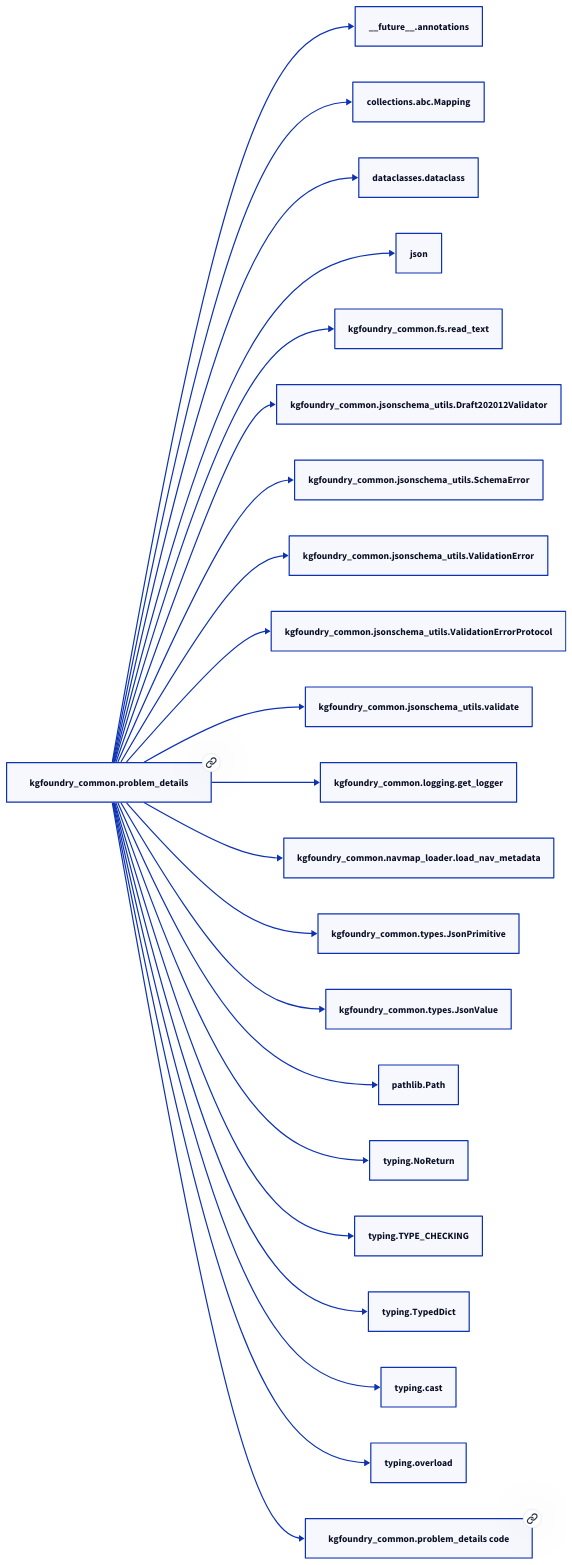
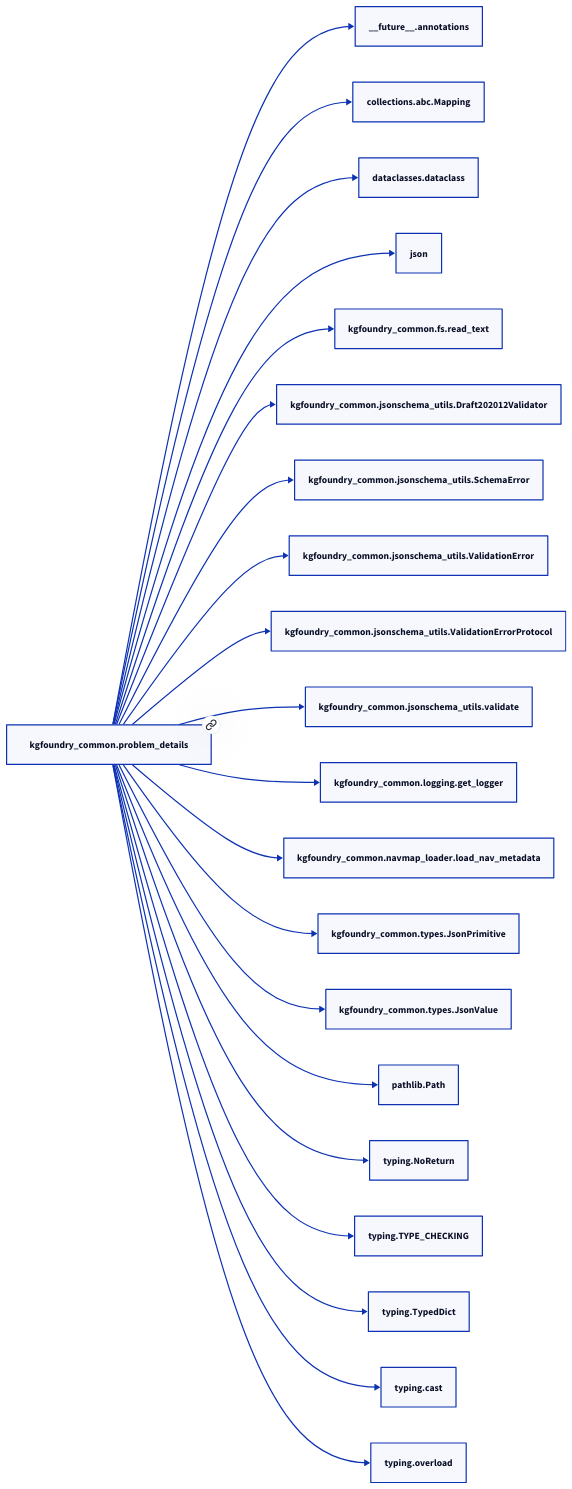
The second of 2 diagrams in docs/modules/kgfoundry_common/problem_details.md (paul-heyse/kgforge), drawn with D2 before and after one commit. The commit also changed other lines of this file and 118 other files, not shown here.

````diff
--- a/docs/modules/kgfoundry_common/problem_details.md
+++ b/docs/modules/kgfoundry_common/problem_details.md
@@ -114,46 +112,44 @@
 ```d2
 direction: right
-"kgfoundry_common.problem_details": "kgfoundry_common.problem_details" { link: "./kgfoundry_common/problem_details.md" }
+"kgfoundry_common.problem_details": "kgfoundry_common.problem_details" { link: "problem_details.md" }
 "__future__.annotations": "__future__.annotations"
 "kgfoundry_common.problem_details" -> "__future__.annotations"
 "collections.abc.Mapping": "collections.abc.Mapping"
 "kgfoundry_common.problem_details" -> "collections.abc.Mapping"
 "dataclasses.dataclass": "dataclasses.dataclass"
 "kgfoundry_common.problem_details" -> "dataclasses.dataclass"
 "json": "json"
 "kgfoundry_common.problem_details" -> "json"
 "kgfoundry_common.fs.read_text": "kgfoundry_common.fs.read_text"
 "kgfoundry_common.problem_details" -> "kgfoundry_common.fs.read_text"
 "kgfoundry_common.jsonschema_utils.Draft202012Validator": "kgfoundry_common.jsonschema_utils.Draft202012Validator"
 "kgfoundry_common.problem_details" -> "kgfoundry_common.jsonschema_utils.Draft202012Validator"
 "kgfoundry_common.jsonschema_utils.SchemaError": "kgfoundry_common.jsonschema_utils.SchemaError"
 "kgfoundry_common.problem_details" -> "kgfoundry_common.jsonschema_utils.SchemaError"
 "kgfoundry_common.jsonschema_utils.ValidationError": "kgfoundry_common.jsonschema_utils.ValidationError"
 "kgfoundry_common.problem_details" -> "kgfoundry_common.jsonschema_utils.ValidationError"
 "kgfoundry_common.jsonschema_utils.ValidationErrorProtocol": "kgfoundry_common.jsonschema_utils.ValidationErrorProtocol"
 "kgfoundry_common.problem_details" -> "kgfoundry_common.jsonschema_utils.ValidationErrorProtocol"
 "kgfoundry_common.jsonschema_utils.validate": "kgfoundry_common.jsonschema_utils.validate"
 "kgfoundry_common.problem_details" -> "kgfoundry_common.jsonschema_utils.validate"
 "kgfoundry_common.logging.get_logger": "kgfoundry_common.logging.get_logger"
 "kgfoundry_common.problem_details" -> "kgfoundry_common.logging.get_logger"
 "kgfoundry_common.navmap_loader.load_nav_metadata": "kgfoundry_common.navmap_loader.load_nav_metadata"
 "kgfoundry_common.problem_details" -> "kgfoundry_common.navmap_loader.load_nav_metadata"
 "kgfoundry_common.types.JsonPrimitive": "kgfoundry_common.types.JsonPrimitive"
 "kgfoundry_common.problem_details" -> "kgfoundry_common.types.JsonPrimitive"
 "kgfoundry_common.types.JsonValue": "kgfoundry_common.types.JsonValue"
 "kgfoundry_common.problem_details" -> "kgfoundry_common.types.JsonValue"
 "pathlib.Path": "pathlib.Path"
 "kgfoundry_common.problem_details" -> "pathlib.Path"
 "typing.NoReturn": "typing.NoReturn"
 "kgfoundry_common.problem_details" -> "typing.NoReturn"
 "typing.TYPE_CHECKING": "typing.TYPE_CHECKING"
 "kgfoundry_common.problem_details" -> "typing.TYPE_CHECKING"
 "typing.TypedDict": "typing.TypedDict"
 "kgfoundry_common.problem_details" -> "typing.TypedDict"
 "typing.cast": "typing.cast"
 "kgfoundry_common.problem_details" -> "typing.cast"
 "typing.overload": "typing.overload"
 "kgfoundry_common.problem_details" -> "typing.overload"
-"kgfoundry_common.problem_details_code": "kgfoundry_common.problem_details code" { link: "https://github.com/kgfoundry/kgfoundry/blob/main/src/kgfoundry_common/problem_details.py" }
-"kgfoundry_common.problem_details" -> "kgfoundry_common.problem_details_code" { style: dashed }
 ```
````
